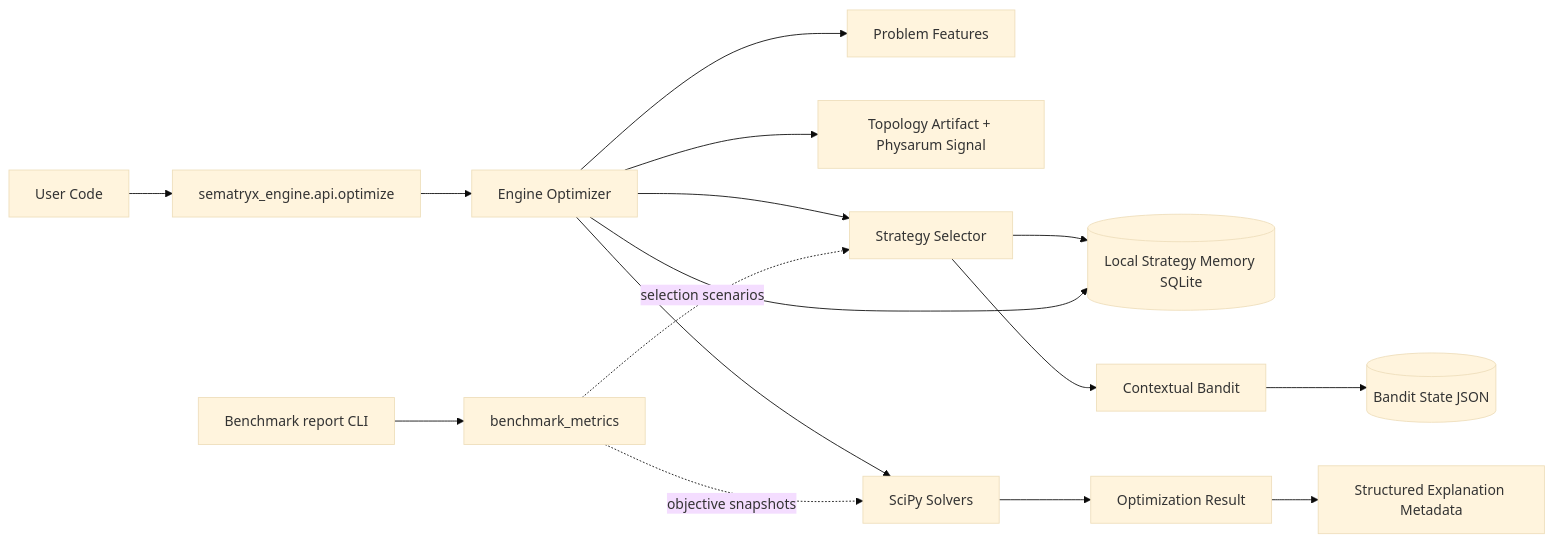
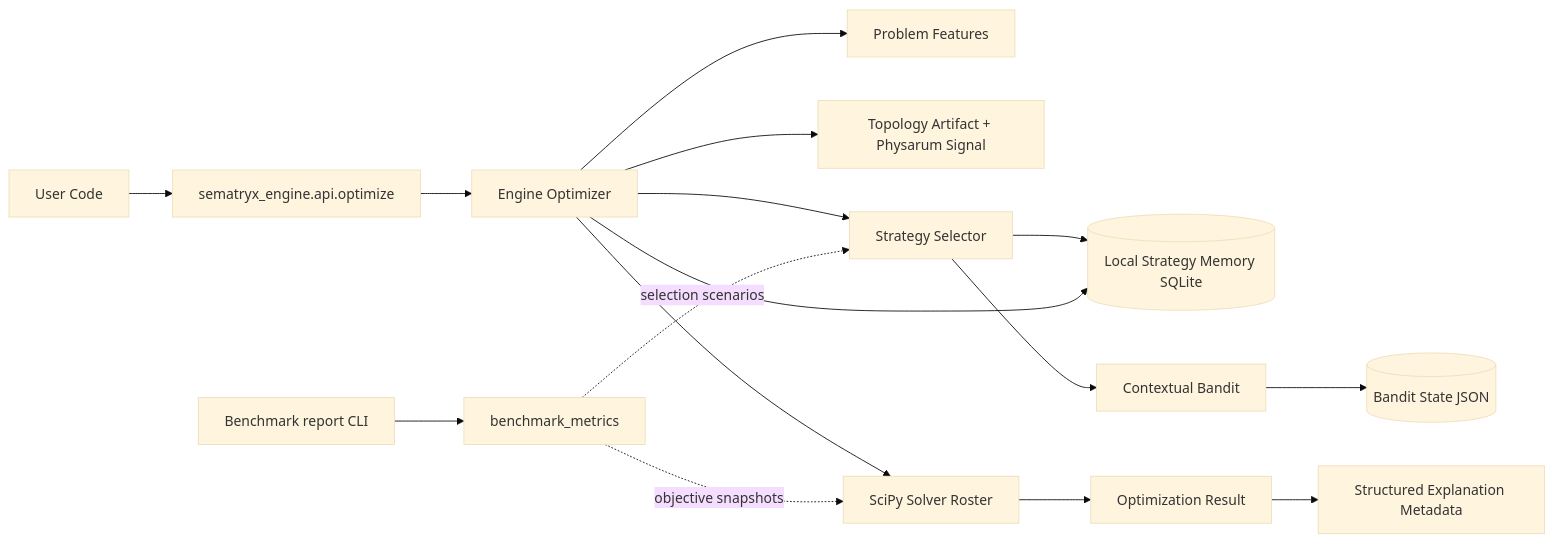
Before and after one commit to sematryx/sematryx-engine: the diagram in docs/architecture/SYSTEM_OVERVIEW.md, drawn with Mermaid (base theme). The commit also changed other lines of this file and 13 other files, not shown here.

First line of the commit message:
Expand legacy continuous solver roster with SciPy methods. (#12)

````diff
--- a/docs/architecture/SYSTEM_OVERVIEW.md
+++ b/docs/architecture/SYSTEM_OVERVIEW.md
@@ -3,18 +3,18 @@
 ```mermaid
 flowchart LR
     U[User Code] --> API[sematryx_engine.api.optimize]
     API --> OPT[Engine Optimizer]
     OPT --> FEAT[Problem Features]
     OPT --> TOPO[Topology Artifact + Physarum Signal]
     OPT --> SEL[Strategy Selector]
     SEL --> MEM[(Local Strategy Memory SQLite)]
     SEL --> BANDIT[Contextual Bandit]
     BANDIT --> BANDIT_STATE[(Bandit State JSON)]
-    OPT --> SOLV[SciPy Solvers]
+    OPT --> SOLV[SciPy Solver Roster]
     SOLV --> RES[Optimization Result]
     OPT --> MEM
     RES --> EXP[Structured Explanation Metadata]
     GEN[Benchmark report CLI] --> BMET[benchmark_metrics]
     BMET -. selection scenarios .-> SEL
     BMET -. objective snapshots .-> SOLV
 ```
````
